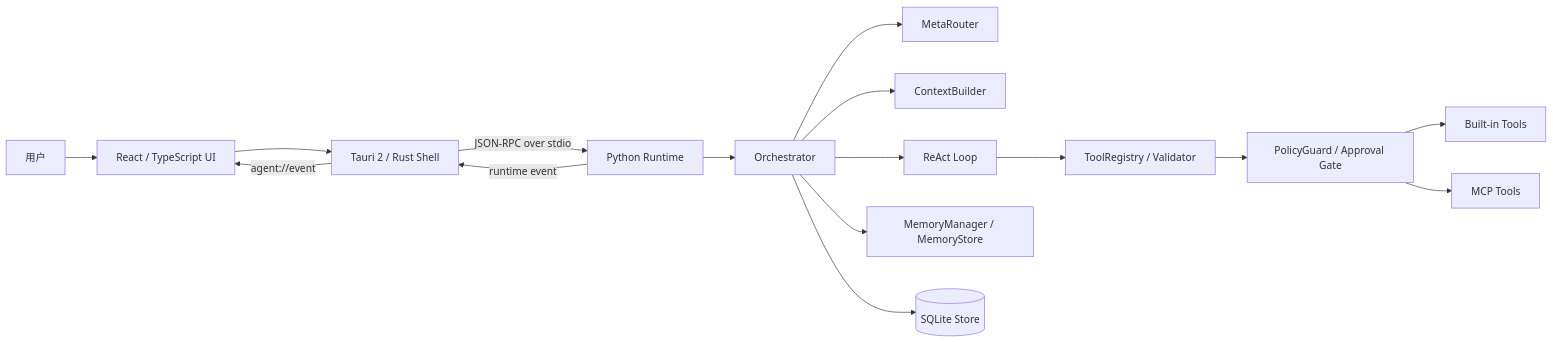
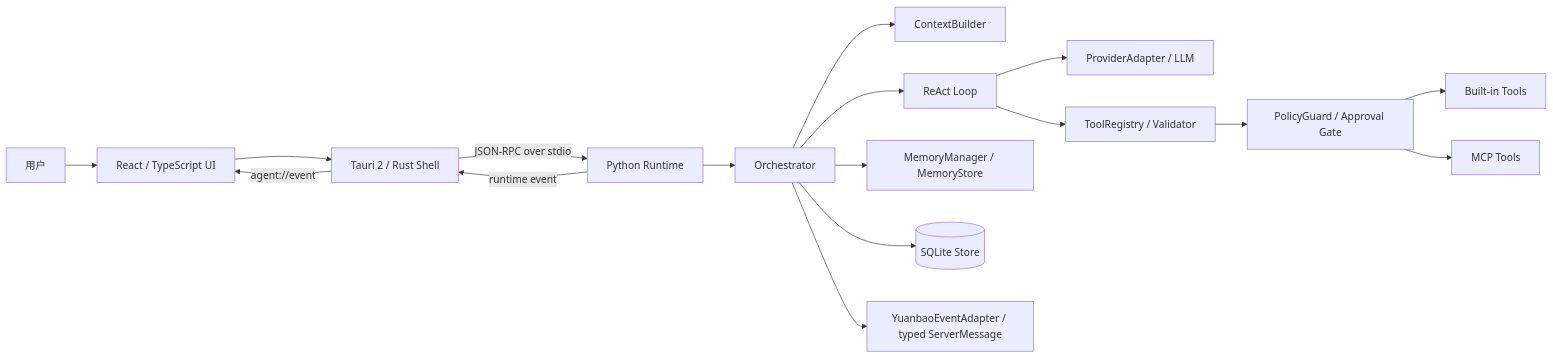
One commit to sunhy339/yuanbao_agent changed the first of 12 diagrams in docs/YUANBAO_AGENT_DOCS_CONSOLIDATED.md. Above: the diagram before and after it, drawn with Mermaid. The commit also changed other lines of this file and 16 other files, not shown here.

````diff
--- a/docs/YUANBAO_AGENT_DOCS_CONSOLIDATED.md
+++ b/docs/YUANBAO_AGENT_DOCS_CONSOLIDATED.md
@@ -78,18 +84,19 @@
 ```mermaid
 flowchart LR
   U["用户"] --> UI["React / TypeScript UI"]
   UI --> T["Tauri 2 / Rust Shell"]
   T -->|JSON-RPC over stdio| R["Python Runtime"]
   R --> O["Orchestrator"]
-  O --> MR["MetaRouter"]
   O --> CB["ContextBuilder"]
   O --> RA["ReAct Loop"]
+  RA --> LLM["ProviderAdapter / LLM"]
   RA --> TG["ToolRegistry / Validator"]
   TG --> PG["PolicyGuard / Approval Gate"]
   PG --> BT["Built-in Tools"]
   PG --> MCP["MCP Tools"]
   O --> MEM["MemoryManager / MemoryStore"]
   O --> DB[("SQLite Store")]
+  O --> EV["YuanbaoEventAdapter / typed ServerMessage"]
   R -->|runtime event| T
   T -->|agent://event| UI
 ```
````
